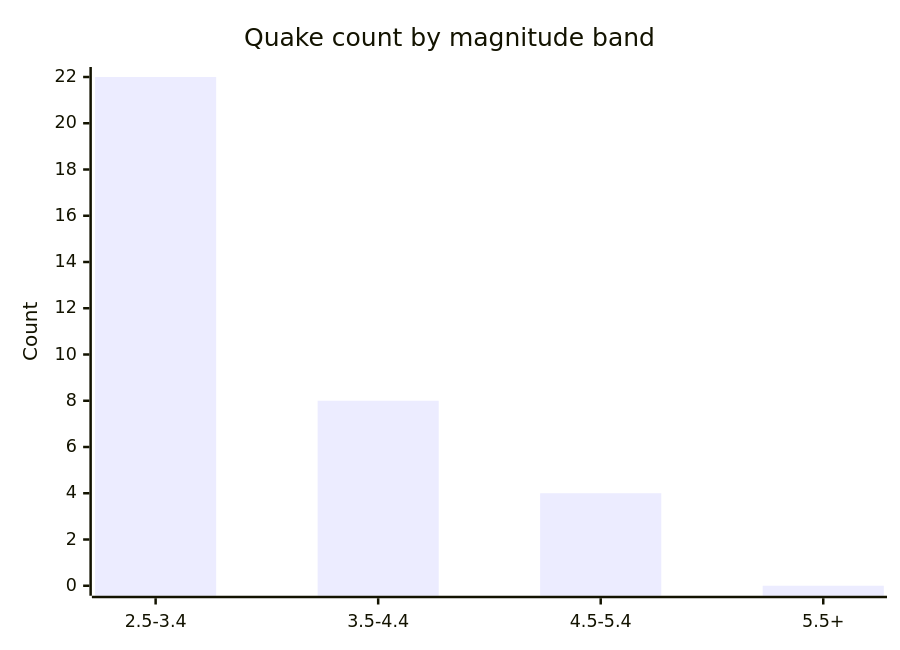
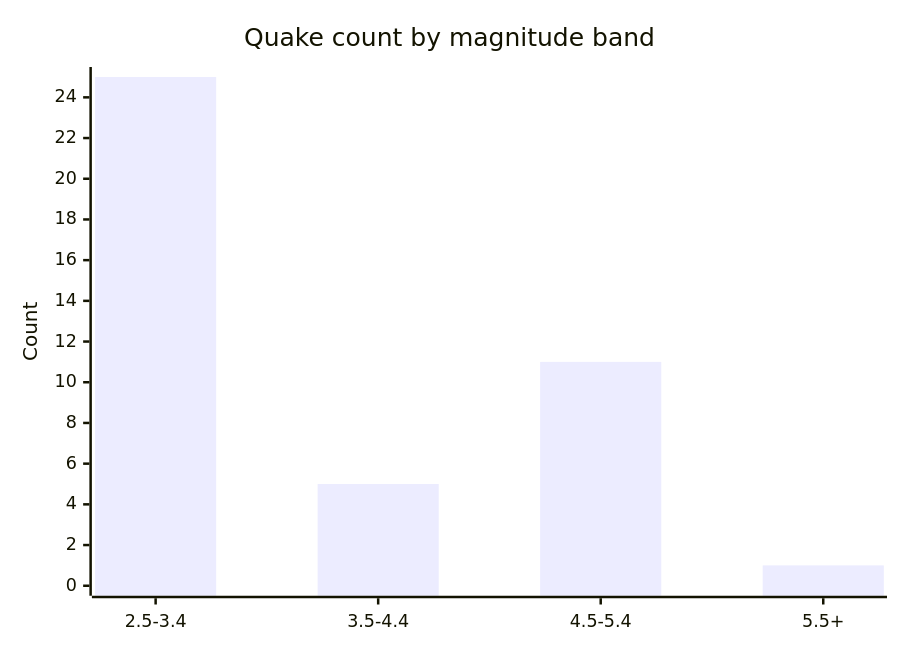
The fifth of 6 diagrams in docs/GRAPHS.md (Midwest-Stratospheric/aerostratospheric-defense-gir), drawn with Mermaid before and after one commit. The commit also changed other lines of this file and 26 other files, not shown here.

````diff
--- a/docs/GRAPHS.md
+++ b/docs/GRAPHS.md
@@ -82,7 +82,7 @@
 ```mermaid
 xychart-beta
   title "Quake count by magnitude band"
   x-axis ["2.5-3.4", "3.5-4.4", "4.5-5.4", "5.5+"]
-  y-axis "Count" 0 --> 22
-  bar [22, 8, 4, 0]
+  y-axis "Count" 0 --> 25
+  bar [25, 5, 11, 1]
 ```
````
